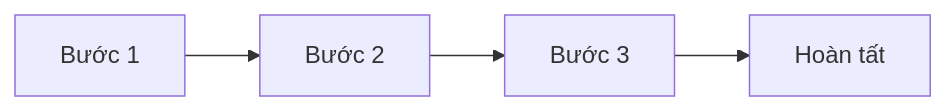
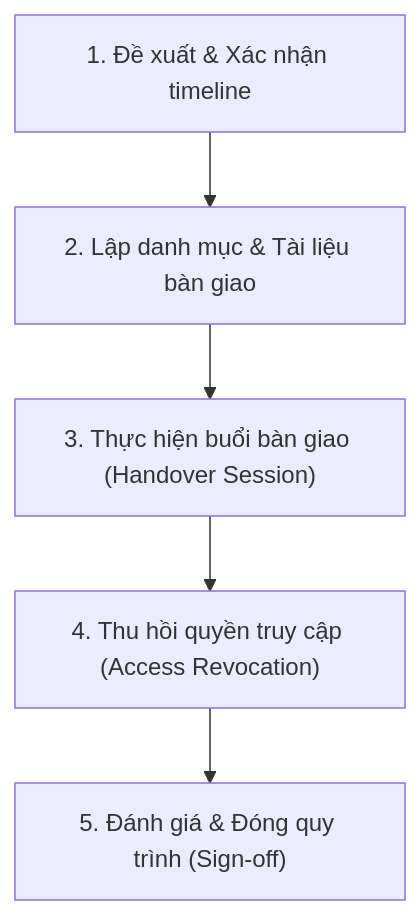
One commit to Cyberk-Official/handbooks changed the diagram in team/project-leave/project-leave-process.md. Above: the diagram before and after it, drawn with Mermaid. The commit also changed other lines of this file and 2 other files, not shown here.

````diff
--- a/team/project-leave/project-leave-process.md
+++ b/team/project-leave/project-leave-process.md
@@ -27,6 +30,7 @@
 ```mermaid
-flowchart LR
-    A["Bước 1"] --> B["Bước 2"]
-    B --> C["Bước 3"]
-    C --> D["Hoàn tất"]
+flowchart TD
+    A["1. Đề xuất & Xác nhận timeline"] --> B["2. Lập danh mục & Tài liệu bàn giao"]
+    B --> C["3. Thực hiện buổi bàn giao (Handover Session)"]
+    C --> D["4. Thu hồi quyền truy cập (Access Revocation)"]
+    D --> E["5. Đánh giá & Đóng quy trình (Sign-off)"]
 ```
````
